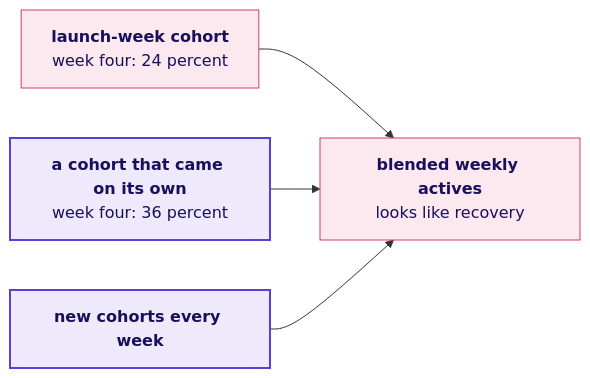
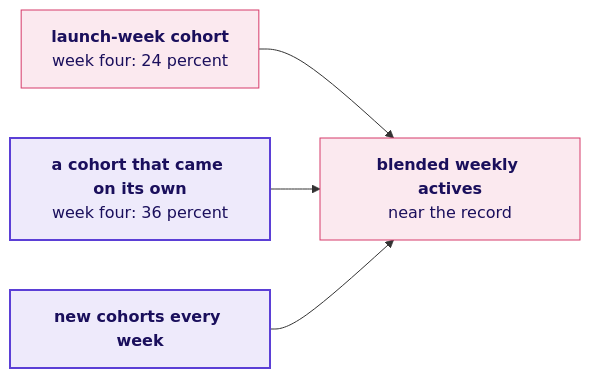
The third of 3 diagrams in content/W04/D4/slides/C2_W04_D04_half2_STUDENT.md (fde-academy-lab/c2-content-factory), drawn with Mermaid before and after one commit. The commit also changed other lines of this file and 5 other files, not shown here.

````diff
--- a/content/W04/D4/slides/C2_W04_D04_half2_STUDENT.md
+++ b/content/W04/D4/slides/C2_W04_D04_half2_STUDENT.md
@@ -176,10 +182,10 @@
 ```mermaid
 flowchart LR
-    L["<b>launch-week cohort</b><br/>week four: 24 percent"] --> B["<b>blended weekly actives</b><br/>looks like recovery"]
+    L["<b>launch-week cohort</b><br/>week four: 24 percent"] --> B["<b>blended weekly actives</b><br/>near the record"]
     O["<b>a cohort that came on its own</b><br/>week four: 36 percent"] --> B
     N["<b>new cohorts every week</b>"] --> B
     classDef known fill:#EEEAFB,stroke:#5B3FD6,color:#1A0F5C,stroke-width:2px
     classDef bad fill:#FBE9EF,stroke:#D63A6A,color:#1A0F5C
     class O,N known
     class L,B bad
 ```
````
